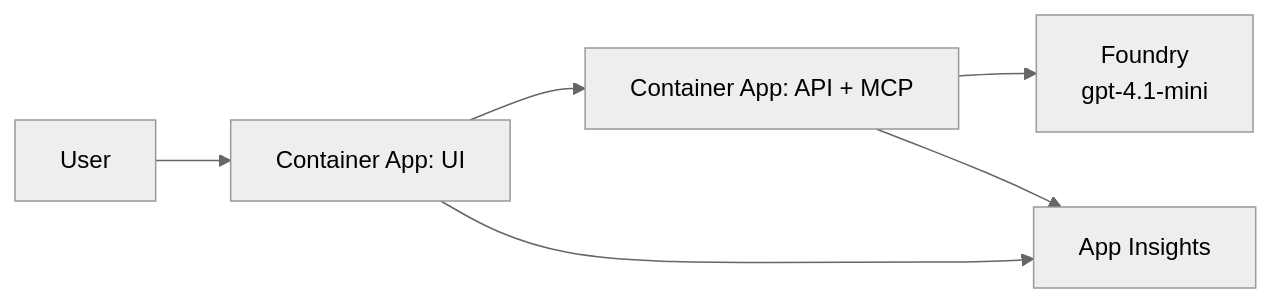
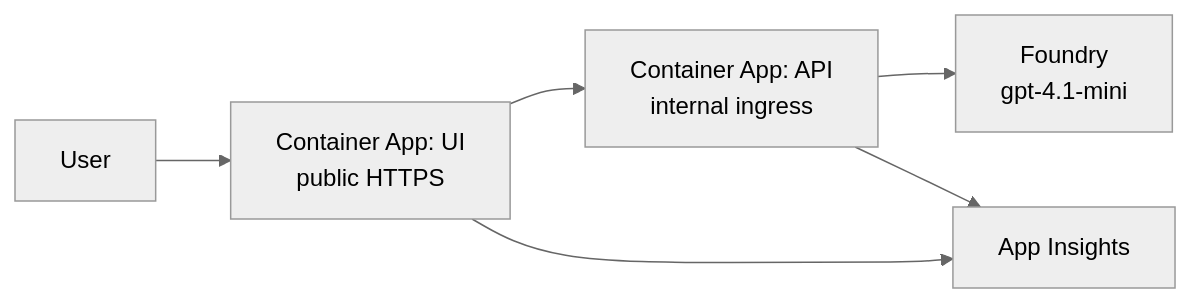
Before and after one commit to ewyuen/lineup-oracle: the third of 3 diagrams in ARCHITECTURE.md, drawn with Mermaid (neutral theme). The commit also changed other lines of this file and 3 other files, not shown here.

First line of the commit message:
Document the Azure deployment in ARCHITECTURE, README and infra/README

````diff
--- a/ARCHITECTURE.md
+++ b/ARCHITECTURE.md
@@ -42,7 +42,7 @@
 ```mermaid
 flowchart LR
-    U[User] --> UIc["Container App: UI"]
-    UIc --> APIc["Container App: API + MCP"]
+    U[User] --> UIc["Container App: UI<br/>public HTTPS"]
+    UIc --> APIc["Container App: API<br/>internal ingress"]
     APIc --> F["Foundry<br/>gpt-4.1-mini"]
     UIc & APIc --> AI[App Insights]
 ```
````
